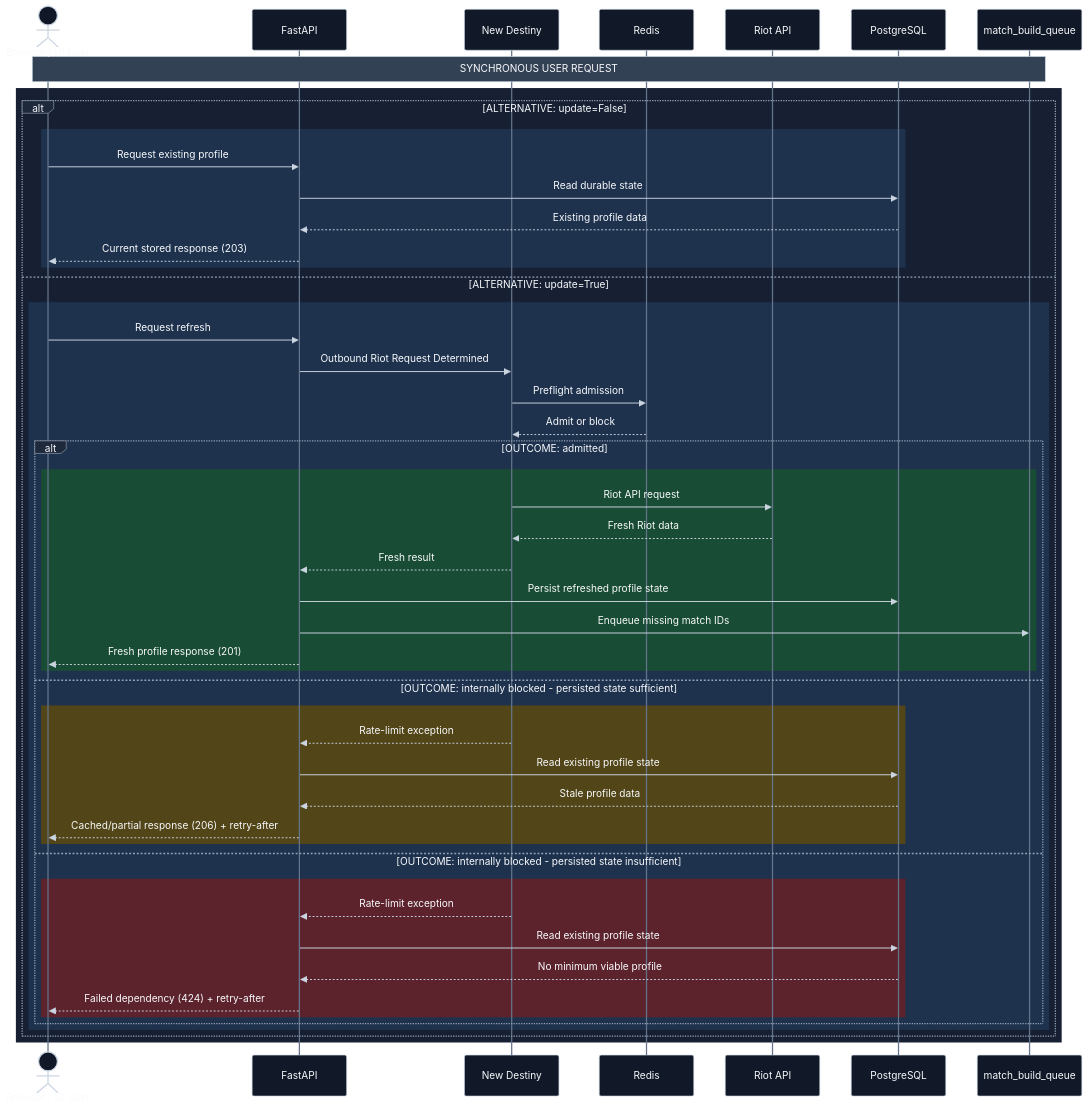
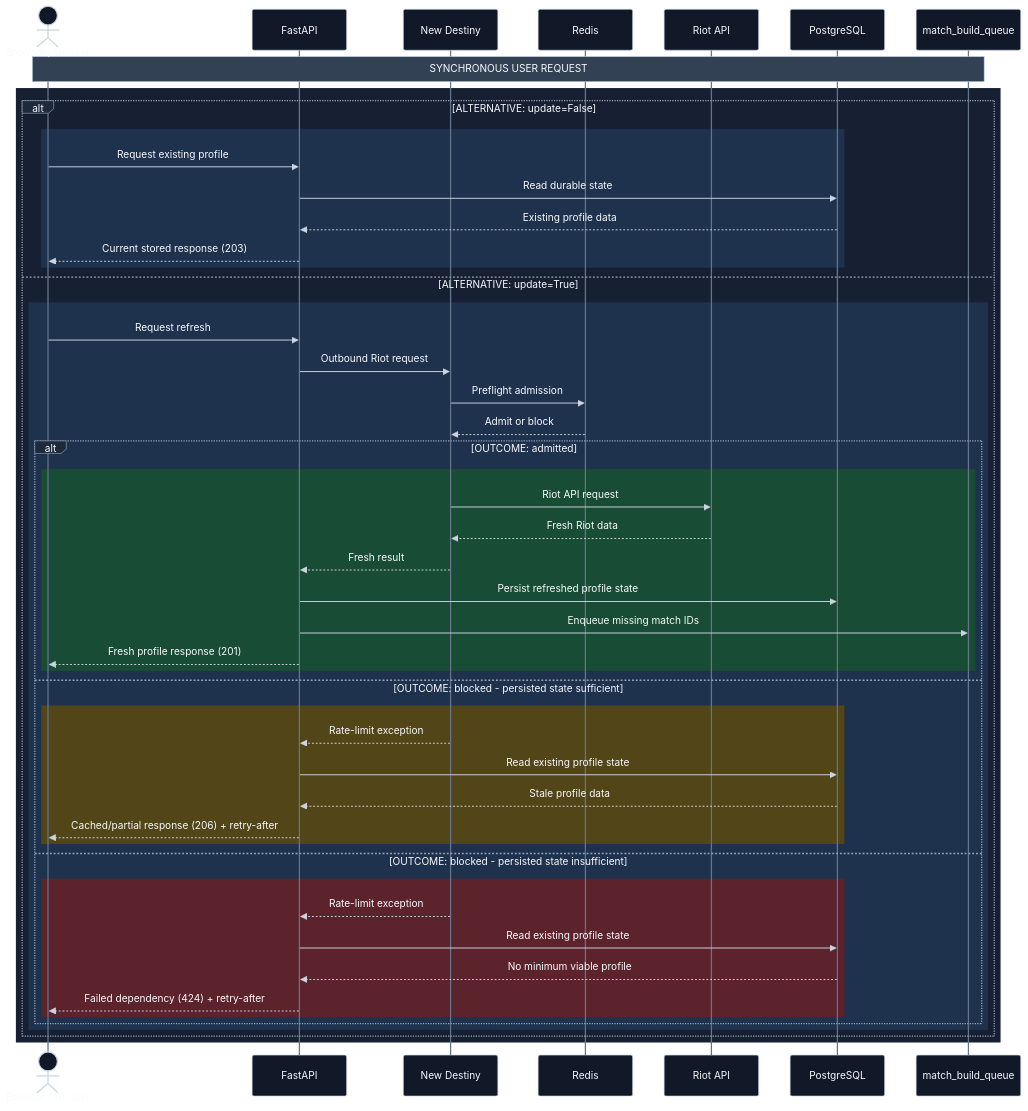
Before and after one commit to winrates-gg/wrgg-public-documentation: the fourth of 8 diagrams in docs/backend-runtime.md, drawn with Mermaid. The commit also changed other lines of this file, not shown here.

````diff
--- a/docs/backend-runtime.md
+++ b/docs/backend-runtime.md
@@ -225,55 +226,55 @@
 ```mermaid
 %%{init: {"theme": "base", "themeVariables": {"background": "#0f172a", "primaryColor": "#172033", "primaryTextColor": "#f8fafc", "primaryBorderColor": "#94a3b8", "lineColor": "#cbd5e1", "actorBkg": "#111827", "actorBorder": "#cbd5e1", "actorTextColor": "#f8fafc", "actorLineColor": "#64748b", "signalColor": "#cbd5e1", "signalTextColor": "#f8fafc", "labelBoxBkgColor": "#1e293b", "labelBoxBorderColor": "#94a3b8", "labelTextColor": "#f8fafc", "noteBkgColor": "#334155", "noteBorderColor": "#cbd5e1", "noteTextColor": "#f8fafc"}}}%%
 sequenceDiagram
     actor User as Browser / UI User
     participant API as FastAPI
     participant ND as New Destiny
     participant Redis as Redis
     participant Riot as Riot API
     participant DB as PostgreSQL
     participant Queue as match_build_queue
 
     Note over User,Queue: SYNCHRONOUS USER REQUEST
     rect rgb(23, 32, 51)
         alt ALTERNATIVE: update=False
             rect rgb(30, 50, 78)
                 User->>API: Request existing profile
                 API->>DB: Read durable state
                 DB-->>API: Existing profile data
                 API-->>User: Current stored response (203)
             end
         else ALTERNATIVE: update=True
             rect rgb(30, 50, 78)
                 User->>API: Request refresh
-                API->>ND: Outbound Riot Request Determined
+                API->>ND: Outbound Riot request
                 ND->>Redis: Preflight admission
                 Redis-->>ND: Admit or block
 
                 alt OUTCOME: admitted
                     rect rgb(25, 76, 52)
                         ND->>Riot: Riot API request
                         Riot-->>ND: Fresh Riot data
                         ND-->>API: Fresh result
                         API->>DB: Persist refreshed profile state
                         API->>Queue: Enqueue missing match IDs
                         API-->>User: Fresh profile response (201)
                     end
-                else OUTCOME: internally blocked - persisted state sufficient
+                else OUTCOME: blocked - persisted state sufficient
                     rect rgb(82, 69, 24)
                         ND-->>API: Rate-limit exception
                         API->>DB: Read existing profile state
                         DB-->>API: Stale profile data
                         API-->>User: Cached/partial response (206) + retry-after
                     end
-                else OUTCOME: internally blocked - persisted state insufficient
+                else OUTCOME: blocked - persisted state insufficient
                     rect rgb(92, 35, 45)
                         ND-->>API: Rate-limit exception
                         API->>DB: Read existing profile state
                         DB-->>API: No minimum viable profile
                         API-->>User: Failed dependency (424) + retry-after
                     end
                 end
             end
         end
     end
 ```
````
